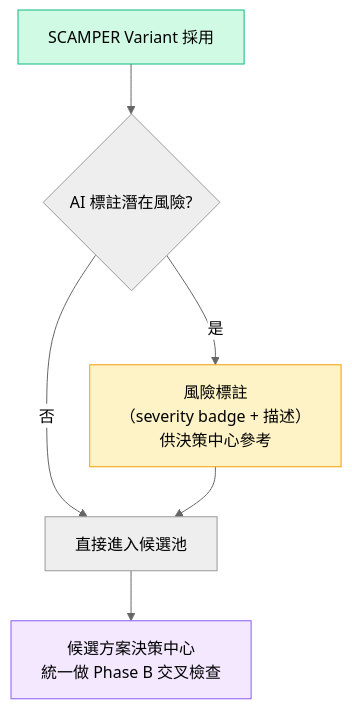
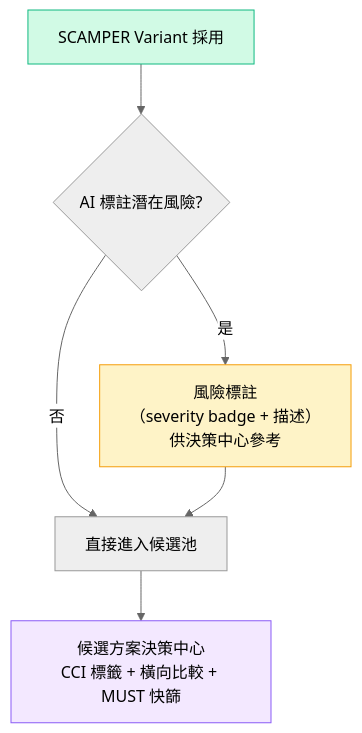
Before and after one commit to Zenobia0000/RD_copilot_system: the fourth of 4 diagrams in docs/01-define/diagrams/appendix-e--triz-scamper-flow.md, drawn with Mermaid. The commit also changed other lines of this file and 10 other files, not shown here.

First line of the commit message:
docs: Phase B 完整退役 — SIM + CCI 前置覆蓋 (v9)

````diff
--- a/docs/01-define/diagrams/appendix-e--triz-scamper-flow.md
+++ b/docs/01-define/diagrams/appendix-e--triz-scamper-flow.md
@@ -259,13 +229,13 @@
 ```mermaid
 %%{init: {'theme': 'neutral'}}%%
 flowchart TB
     A["SCAMPER Variant 採用"] --> B{"AI 標註潛在風險?"}
     B -->|"否"| C["直接進入候選池"]
     B -->|"是"| D["風險標註<br/>（severity badge + 描述）<br/>供決策中心參考"]
     D --> C
-    C --> E["候選方案決策中心<br/>統一做 Phase B 交叉檢查"]
+    C --> E["候選方案決策中心<br/>CCI 標籤 + 橫向比較 + MUST 快篩"]
 
     style A fill:#D1FAE5,stroke:#10B981
     style D fill:#FEF3C7,stroke:#F59E0B
     style E fill:#F3E8FF,stroke:#8B5CF6
 ```
````
